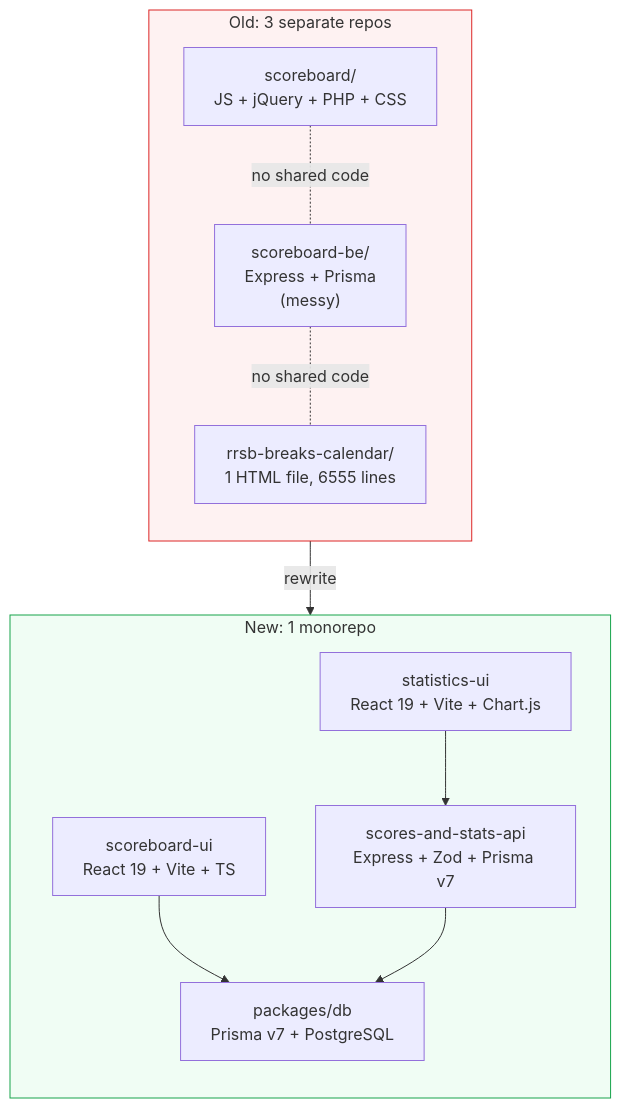
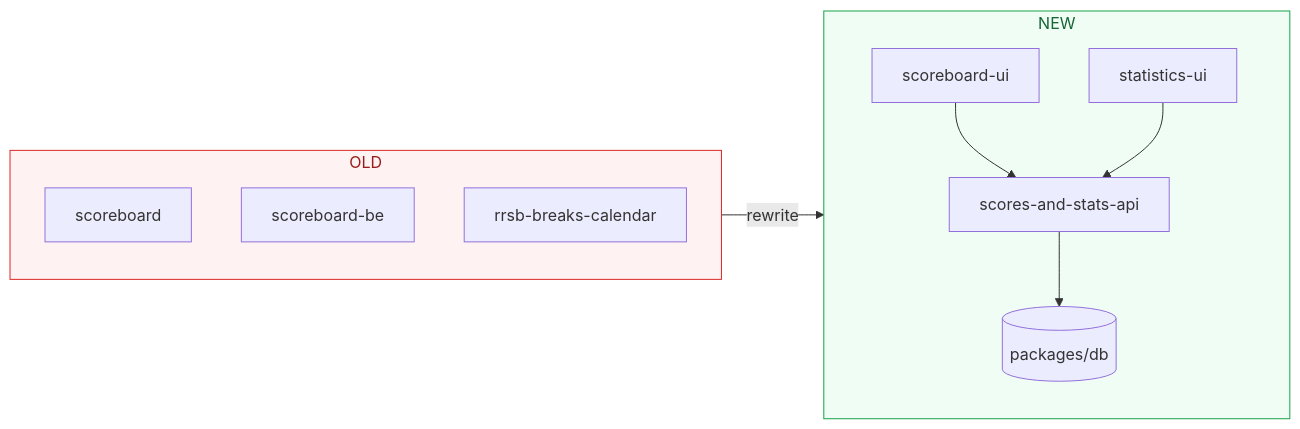
Before and after one commit to dennisfurrer/rrsb-mono: the diagram in apps/docs/src/content/docs/overview/tech-stack.md, drawn with Mermaid. The commit also changed 13 other files, not shown here.

````diff
--- a/apps/docs/src/content/docs/overview/tech-stack.md
+++ b/apps/docs/src/content/docs/overview/tech-stack.md
@@ -8,27 +8,25 @@
 ```mermaid
-flowchart TB
-    subgraph old ["Old: 3 separate repos"]
+flowchart LR
+    subgraph old [" OLD "]
         direction TB
-        O1["scoreboard/\nJS + jQuery + PHP + CSS"]
-        O2["scoreboard-be/\nExpress + Prisma\n(messy)"]
-        O3["rrsb-breaks-calendar/\n1 HTML file, 6555 lines"]
-        O1 -. "no shared code" .- O2
-        O2 -. "no shared code" .- O3
+        O1[scoreboard]
+        O2[scoreboard-be]
+        O3[rrsb-breaks-calendar]
     end
 
-    subgraph new ["New: 1 monorepo"]
+    old -- rewrite --> new
+
+    subgraph new [" NEW "]
         direction TB
-        N1["scoreboard-ui\nReact 19 + Vite + TS"]
-        N2["scores-and-stats-api\nExpress + Zod + Prisma v7"]
-        N3["statistics-ui\nReact 19 + Vite + Chart.js"]
-        DB["packages/db\nPrisma v7 + PostgreSQL"]
-        N1 --> DB
+        N1[scoreboard-ui]
+        N2[scores-and-stats-api]
+        N3[statistics-ui]
+        DB[(packages/db)]
+        N1 --> N2
+        N3 --> N2
         N2 --> DB
-        N3 --> N2
     end
 
-    old -- "rewrite" --> new
-
-    style old fill:#fef2f2,stroke:#dc2626
-    style new fill:#f0fdf4,stroke:#16a34a
+    style old fill:#fef2f2,stroke:#dc2626,color:#991b1b
+    style new fill:#f0fdf4,stroke:#16a34a,color:#166534
 ```
````
